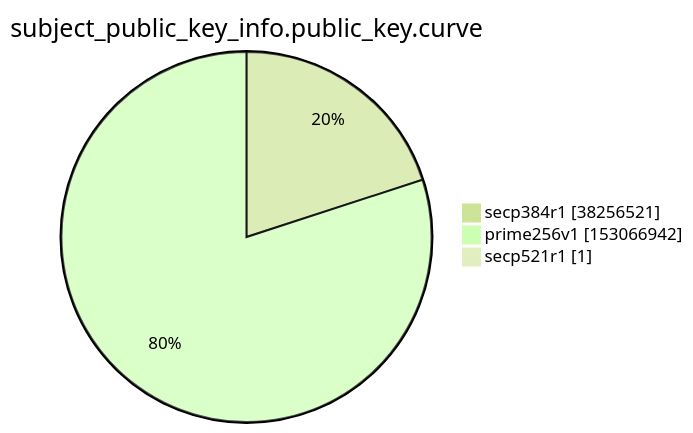
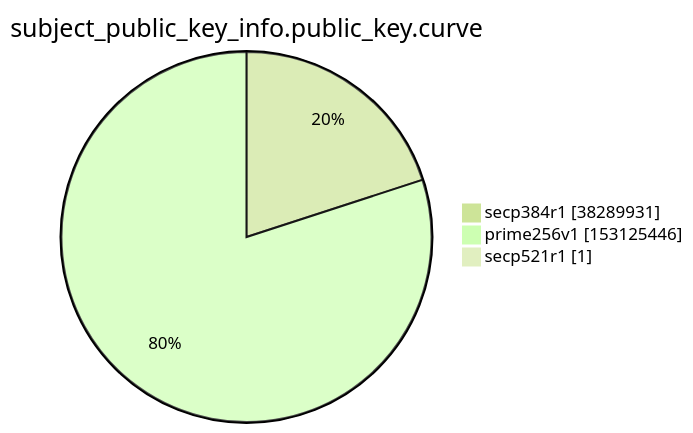
Before and after one commit to christiankrug/ctmonitor_visualization: the ninth of 15 diagrams in xenon2022/README.md, drawn with Mermaid (forest theme). The commit also changed other lines of this file, not shown here.

````diff
--- a/xenon2022/README.md
+++ b/xenon2022/README.md
@@ -2861,7 +2861,7 @@
 ```mermaid
 pie showData
 title subject_public_key_info.public_key.curve
-"secp384r1" :38256521
-"prime256v1" :153066942
+"secp384r1" :38289931
+"prime256v1" :153125446
 "secp521r1" :1
 ```
````
